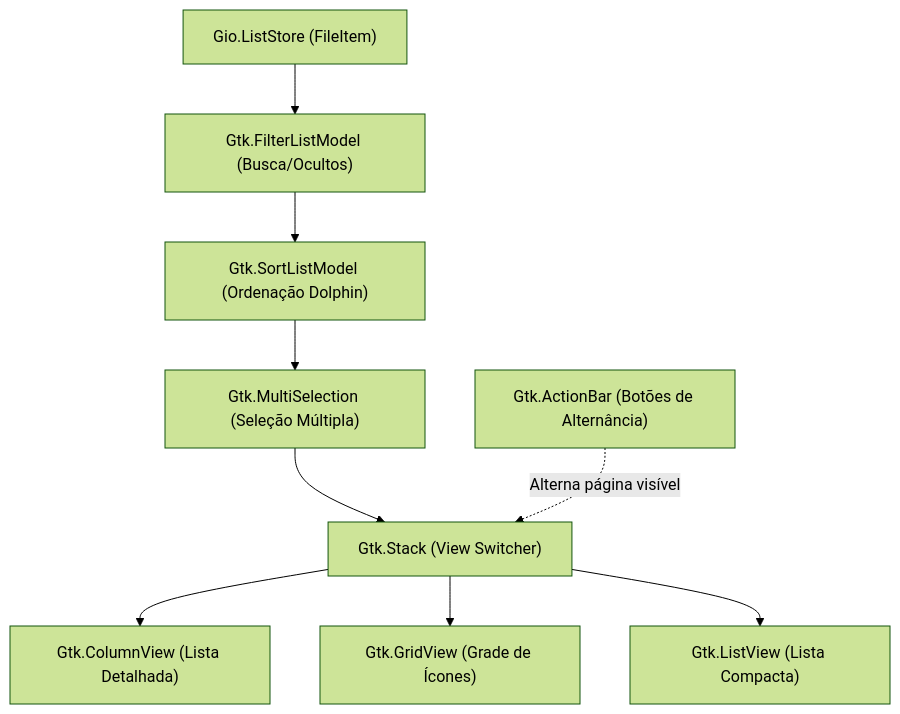
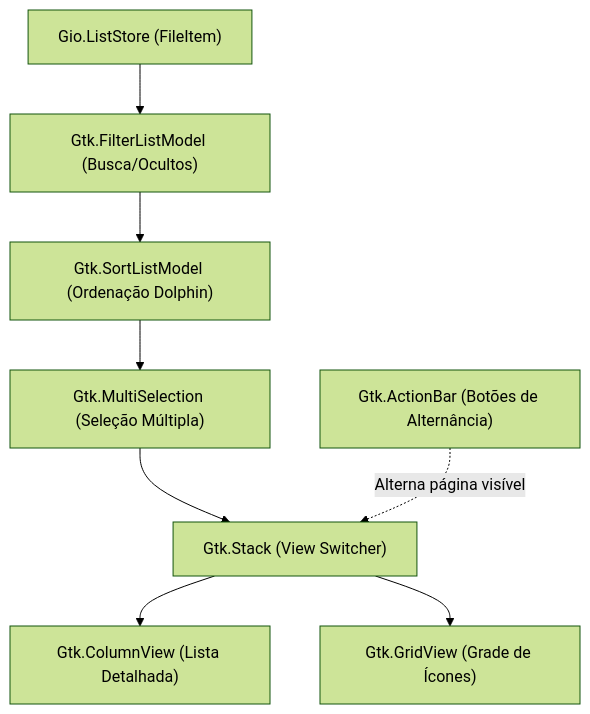
The diagram in FILEMANAGER_VIEW_MODES_PROPOSAL.md (VaGNaroK/OnyxSH), drawn with Mermaid (forest theme) before and after one commit. The commit also changed other lines of this file and 6 other files, not shown here.

Commit message:
refactor(filemanager): migrate rich tooltips to Detailed List View and remove redundant compact view

````diff
--- a/FILEMANAGER_VIEW_MODES_PROPOSAL.md
+++ b/FILEMANAGER_VIEW_MODES_PROPOSAL.md
@@ -19,13 +19,12 @@
 ```mermaid
 flowchart TD
     Store["Gio.ListStore (FileItem)"] --> Filter["Gtk.FilterListModel (Busca/Ocultos)"]
     Filter --> Sorter["Gtk.SortListModel (Ordenação Dolphin)"]
     Sorter --> Selection["Gtk.MultiSelection (Seleção Múltipla)"]
     
     Selection --> Stack["Gtk.Stack (View Switcher)"]
     Stack --> ViewList["Gtk.ColumnView (Lista Detalhada)"]
     Stack --> ViewGrid["Gtk.GridView (Grade de Ícones)"]
-    Stack --> ViewCompact["Gtk.ListView (Lista Compacta)"]
     
     ActionBar["Gtk.ActionBar (Botões de Alternância)"] -.->|"Alterna página visível"| Stack
 ```
````
